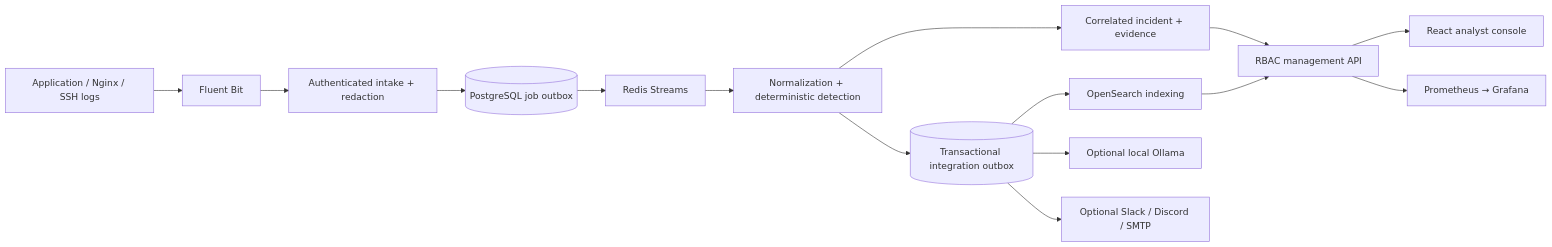
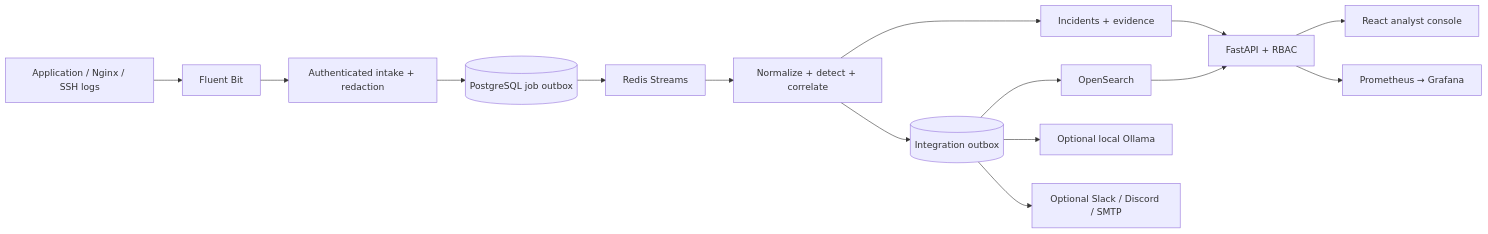
Before and after one commit to sukumar9024/Sentinel-AI: the diagram in README.md, drawn with Mermaid. The commit also changed other lines of this file, not shown here.

````diff
--- a/README.md
+++ b/README.md
@@ -68,17 +67,17 @@
 ```mermaid
 flowchart LR
-    App[Application / Nginx / SSH logs] --> FB[Fluent Bit]
-    FB --> Intake[Authenticated intake + redaction]
+    Logs[Application / Nginx / SSH logs] --> Collector[Fluent Bit]
+    Collector --> Intake[Authenticated intake + redaction]
     Intake --> Outbox[(PostgreSQL job outbox)]
-    Outbox --> Redis[Redis Streams]
-    Redis --> Pipeline[Normalization + deterministic detection]
-    Pipeline --> Incident[Correlated incident + evidence]
-    Pipeline --> Tasks[(Transactional integration outbox)]
-    Tasks --> Search[OpenSearch indexing]
+    Outbox --> Queue[Redis Streams]
+    Queue --> Pipeline[Normalize + detect + correlate]
+    Pipeline --> Incidents[Incidents + evidence]
+    Pipeline --> Tasks[(Integration outbox)]
+    Tasks --> Search[OpenSearch]
     Tasks --> AI[Optional local Ollama]
     Tasks --> Notify[Optional Slack / Discord / SMTP]
-    Incident --> API[RBAC management API]
+    Incidents --> API[FastAPI + RBAC]
     Search --> API
     API --> UI[React analyst console]
     API --> Metrics[Prometheus → Grafana]
 ```
````
